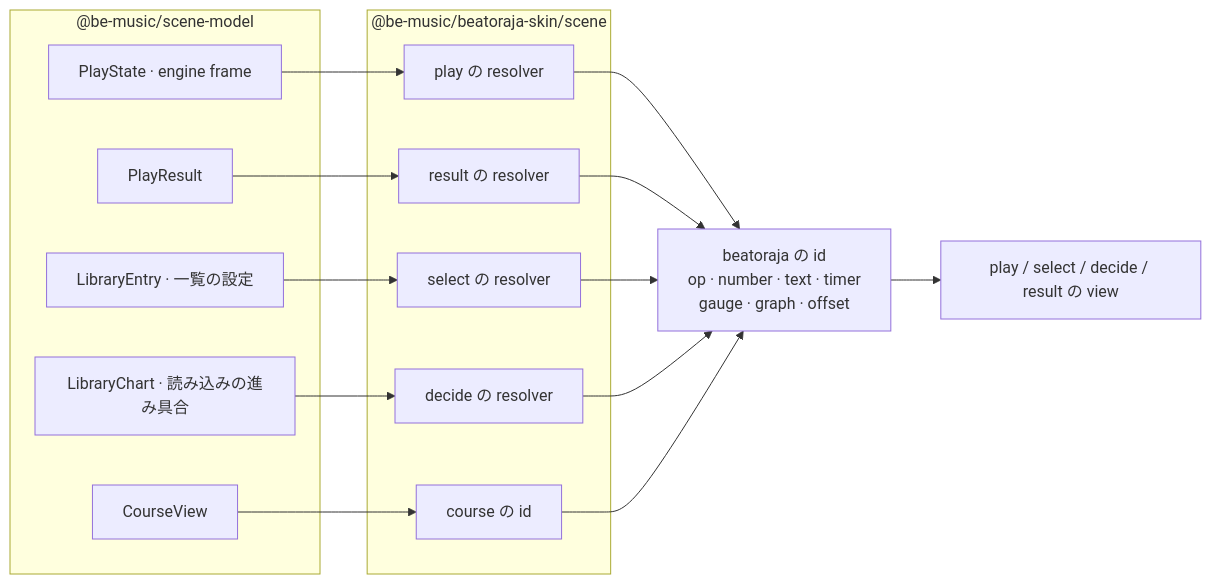
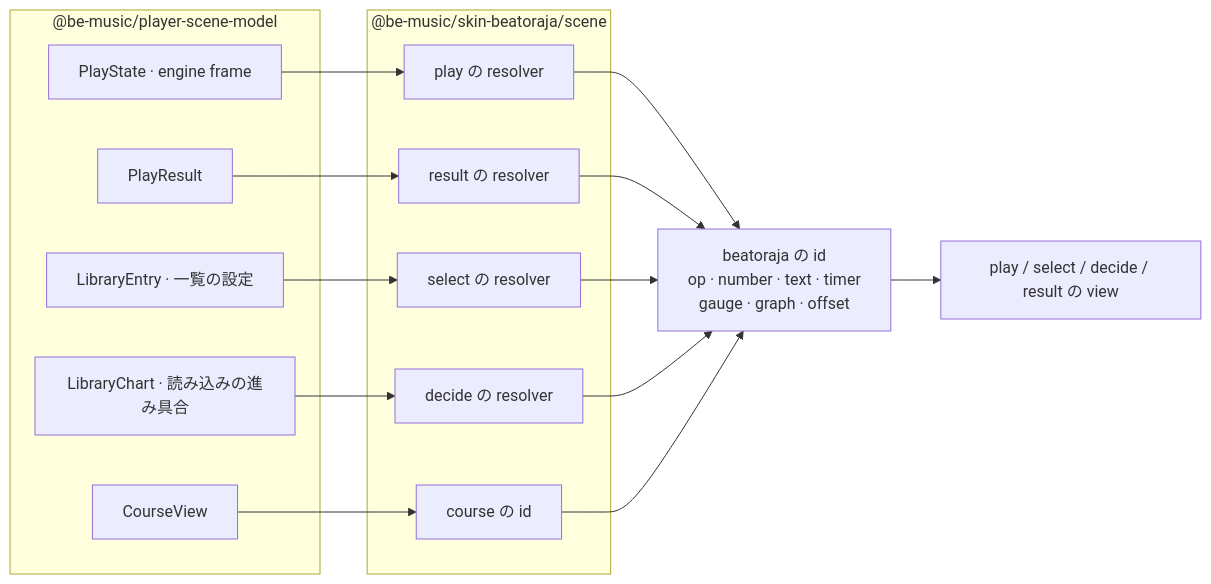
The first of 2 diagrams in docs/beatoraja-skin.ja.md (nulltask/be-music), drawn with Mermaid before and after one commit. The commit also changed other lines of this file and 2542 other files, not shown here.

````diff
--- a/docs/beatoraja-skin.ja.md
+++ b/docs/beatoraja-skin.ja.md
@@ -121,31 +121,31 @@
 ```mermaid
 flowchart LR
-  subgraph models["@be-music/scene-model"]
+  subgraph models["@be-music/player-scene-model"]
     play["PlayState · engine frame"]
     result["PlayResult"]
     entry["LibraryEntry · 一覧の設定"]
     chart["LibraryChart · 読み込みの進み具合"]
     course["CourseView"]
   end
-  subgraph mapping["@be-music/beatoraja-skin/scene"]
+  subgraph mapping["@be-music/skin-beatoraja/scene"]
     playR["play の resolver"]
     resultR["result の resolver"]
     selectR["select の resolver"]
     decideR["decide の resolver"]
     courseR["course の id"]
   end
   ids["beatoraja の id<br/>op · number · text · timer<br/>gauge · graph · offset"]
   view["play / select / decide / result の view"]
 
   play --> playR
   result --> resultR
   entry --> selectR
   chart --> decideR
   course --> courseR
   playR --> ids
   resultR --> ids
   selectR --> ids
   decideR --> ids
   courseR --> ids
   ids --> view
 ```
````
